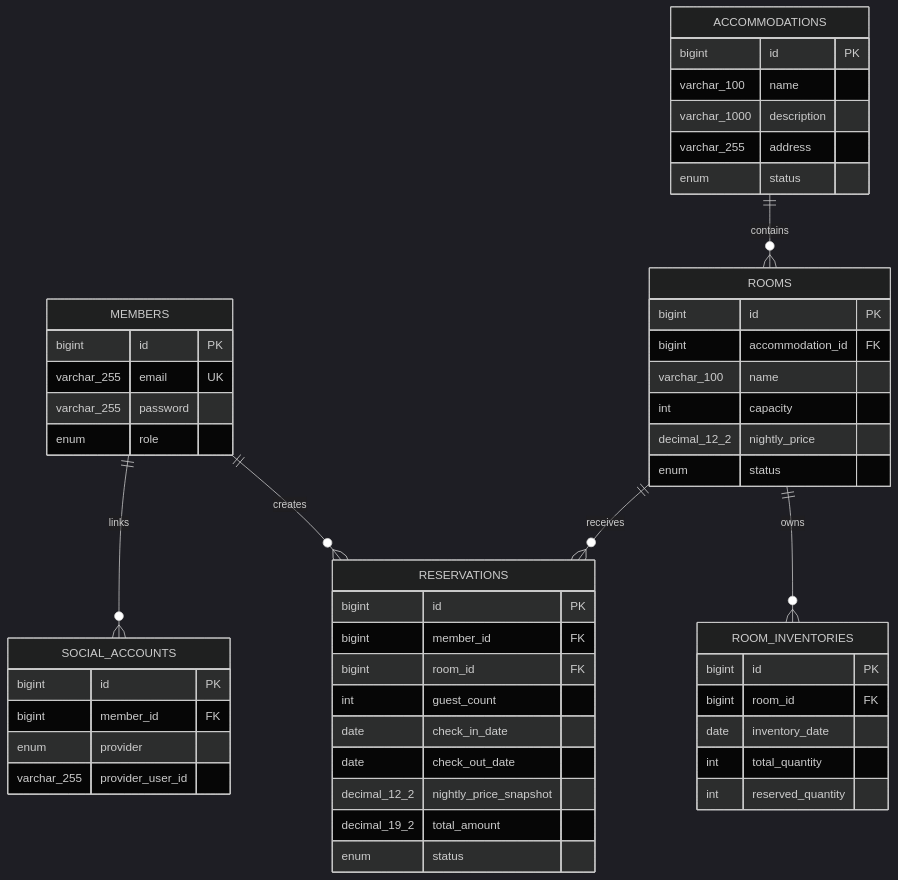
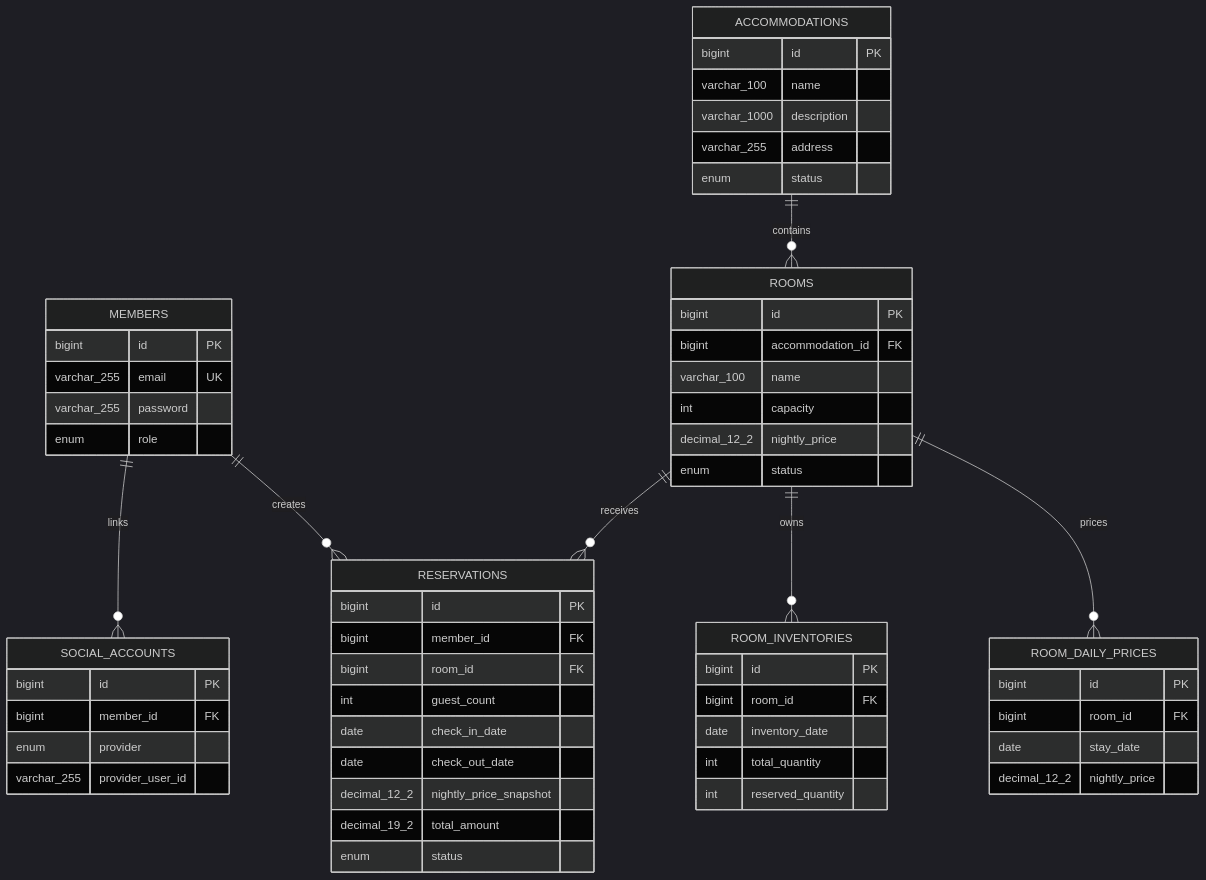
Before and after one commit to K4RF/reservation-platform: the diagram in docs/erd/database-schema.md, drawn with Mermaid (dark theme). The commit also changed other lines of this file and 6 other files, not shown here.

````diff
--- a/docs/erd/database-schema.md
+++ b/docs/erd/database-schema.md
@@ -9,59 +9,67 @@
 ```mermaid
 erDiagram
     MEMBERS ||--o{ SOCIAL_ACCOUNTS : links
     MEMBERS ||--o{ RESERVATIONS : creates
     ACCOMMODATIONS ||--o{ ROOMS : contains
     ROOMS ||--o{ RESERVATIONS : receives
     ROOMS ||--o{ ROOM_INVENTORIES : owns
+    ROOMS ||--o{ ROOM_DAILY_PRICES : prices
 
     MEMBERS {
         bigint id PK
         varchar_255 email UK
         varchar_255 password
         enum role
     }
 
     SOCIAL_ACCOUNTS {
         bigint id PK
         bigint member_id FK
         enum provider
         varchar_255 provider_user_id
     }
 
     ACCOMMODATIONS {
         bigint id PK
         varchar_100 name
         varchar_1000 description
         varchar_255 address
         enum status
     }
 
     ROOMS {
         bigint id PK
         bigint accommodation_id FK
         varchar_100 name
         int capacity
         decimal_12_2 nightly_price
         enum status
     }
 
     ROOM_INVENTORIES {
         bigint id PK
         bigint room_id FK
         date inventory_date
         int total_quantity
         int reserved_quantity
     }
 
+    ROOM_DAILY_PRICES {
+        bigint id PK
+        bigint room_id FK
+        date stay_date
+        decimal_12_2 nightly_price
+    }
+
     RESERVATIONS {
         bigint id PK
         bigint member_id FK
         bigint room_id FK
         int guest_count
         date check_in_date
         date check_out_date
         decimal_12_2 nightly_price_snapshot
         decimal_19_2 total_amount
         enum status
     }
 ```
````
